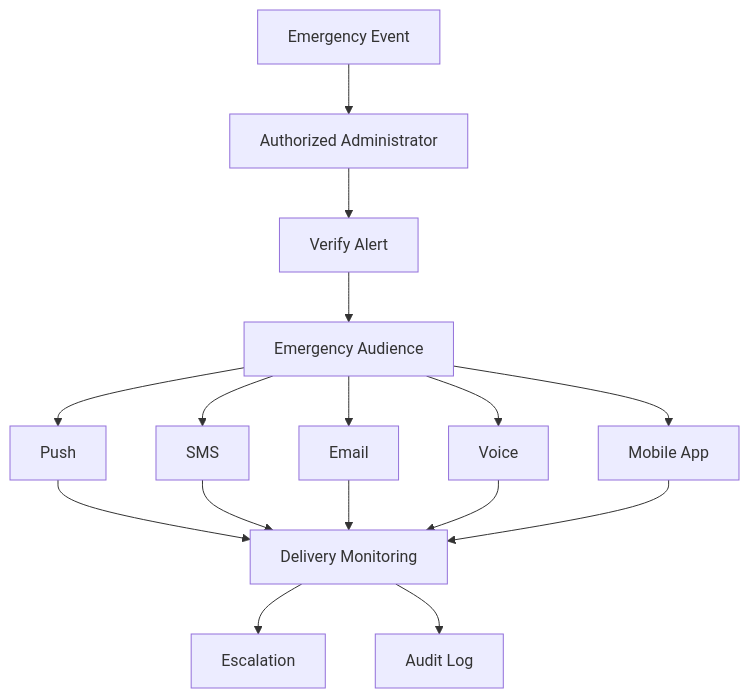
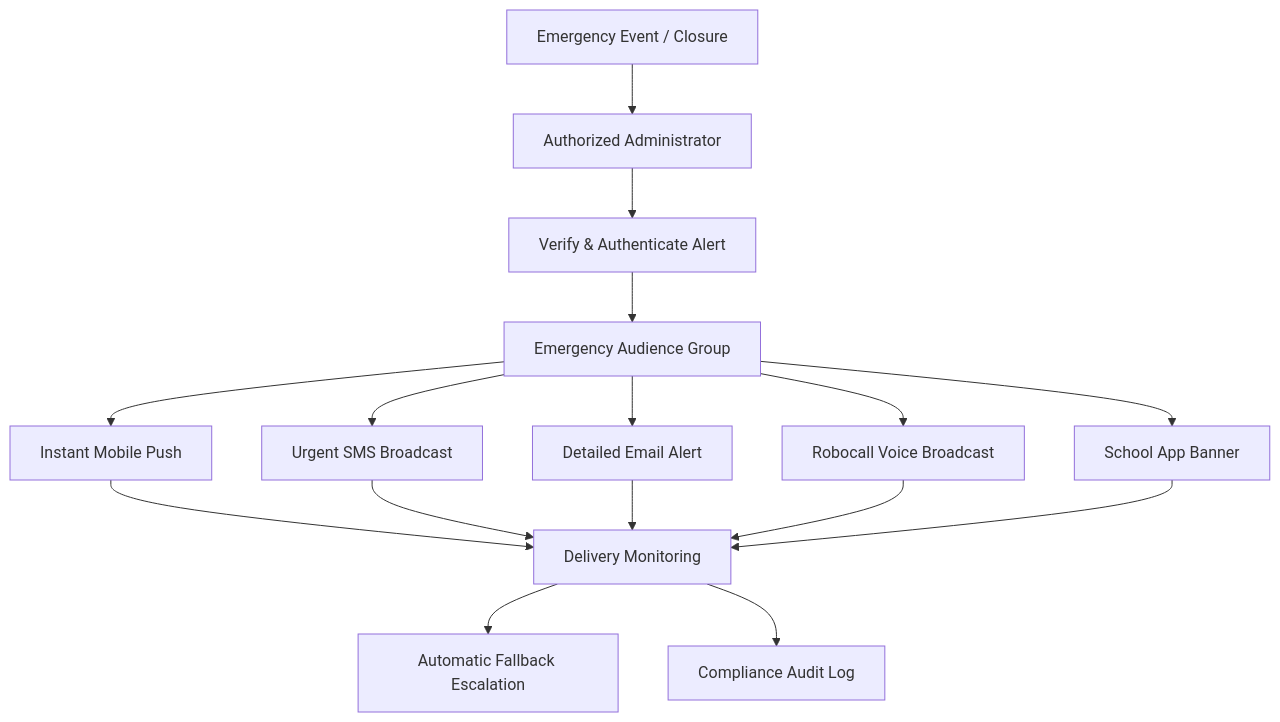
The third of 7 diagrams in README.md (ishandutta2007/Awesome-School-Communication), drawn with Mermaid before and after one commit. The commit also changed other lines of this file and 2 other files, not shown here.

Commit message:
feat: enhance README with banner, social preview, SEO, sorted SaaS valuation, open-source star badges, and star history

````diff
--- a/README.md
+++ b/README.md
@@ -1396,46 +476,21 @@
 ```mermaid
 flowchart TD
+    EVENT[Emergency Event / Closure] --> ADMIN[Authorized Administrator]
+    ADMIN --> VERIFY[Verify & Authenticate Alert]
+    VERIFY --> AUDIENCE[Emergency Audience Group]
 
-    EVENT[Emergency Event]
+    AUDIENCE --> PUSH[Instant Mobile Push]
+    AUDIENCE --> SMS[Urgent SMS Broadcast]
+    AUDIENCE --> EMAIL[Detailed Email Alert]
+    AUDIENCE --> VOICE[Robocall Voice Broadcast]
+    AUDIENCE --> APP[School App Banner]
 
-    ADMIN[Authorized Administrator]
-
-    VERIFY[Verify Alert]
-
-    AUDIENCE[Emergency Audience]
-
-    PUSH[Push]
-
-    SMS[SMS]
-
-    EMAIL[Email]
-
-    VOICE[Voice]
-
-    APP[Mobile App]
-
-    DELIVERY[Delivery Monitoring]
-
-    ESCALATE[Escalation]
-
-    AUDIT[Audit Log]
-
-    EVENT --> ADMIN
-    ADMIN --> VERIFY
-    VERIFY --> AUDIENCE
-
-    AUDIENCE --> PUSH
-    AUDIENCE --> SMS
-    AUDIENCE --> EMAIL
-    AUDIENCE --> VOICE
-    AUDIENCE --> APP
-
-    PUSH --> DELIVERY
+    PUSH --> DELIVERY[Delivery Monitoring]
     SMS --> DELIVERY
     EMAIL --> DELIVERY
     VOICE --> DELIVERY
     APP --> DELIVERY
 
-    DELIVERY --> ESCALATE
-    DELIVERY --> AUDIT
+    DELIVERY --> ESCALATE[Automatic Fallback Escalation]
+    DELIVERY --> AUDIT[Compliance Audit Log]
 ```
````
